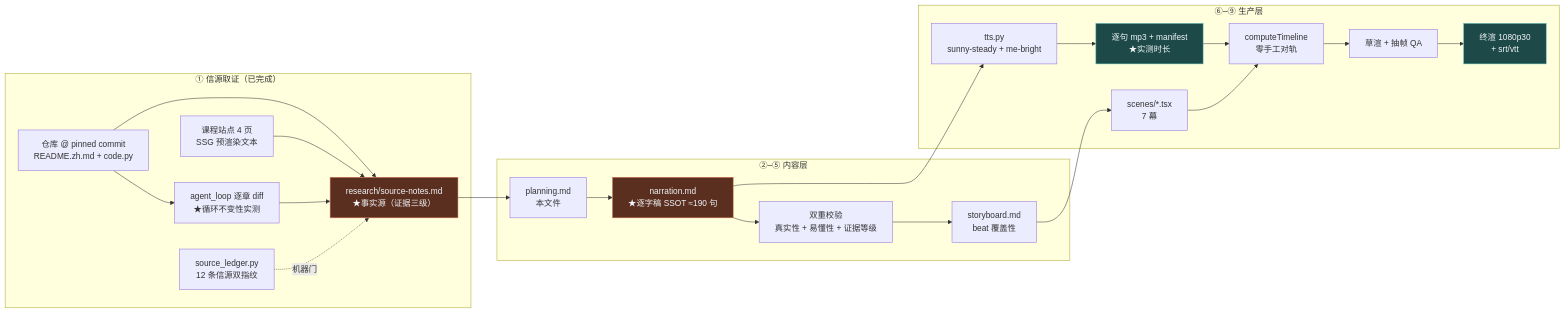
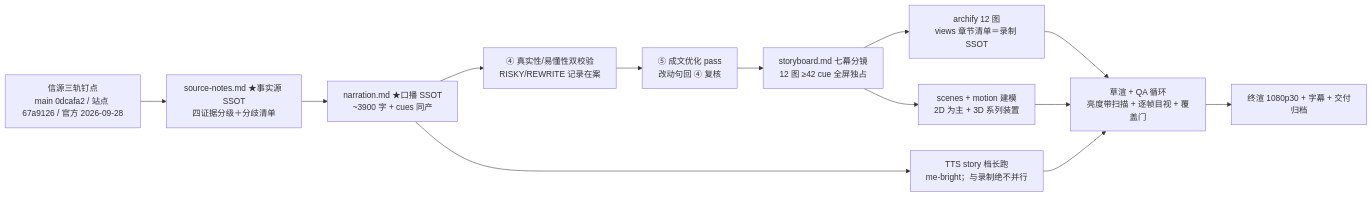
One commit to ThreeFish-AI/negentropy changed the diagram in apps/negentropy-influence/episodes/claude-code-explained-video/script/planning.md. Above: the diagram before and after it, drawn with Mermaid. The commit also changed other lines of this file and 749 other files, not shown here.

````diff
--- a/apps/negentropy-influence/episodes/claude-code-explained-video/script/planning.md
+++ b/apps/negentropy-influence/episodes/claude-code-explained-video/script/planning.md
@@ -105,23 +87,13 @@
 ```mermaid
 flowchart LR
-  subgraph S1["① 信源取证（已完成）"]
-    A1["仓库 @ pinned commit<br/>README.zh.md + code.py"] --> A3["research/source-notes.md<br/>★事实源（证据三级）"]
-    A2["课程站点 4 页<br/>SSG 预渲染文本"] --> A3
-    A1 --> A4["agent_loop 逐章 diff<br/>★循环不变性实测"] --> A3
-    A5["source_ledger.py<br/>12 条信源双指纹"] -.机器门.-> A3
-  end
-  subgraph S2["②–⑤ 内容层"]
-    A3 --> B1["planning.md<br/>本文件"] --> B2["narration.md<br/>★逐字稿 SSOT ≈190 句"]
-    B2 --> B3["双重校验<br/>真实性 + 易懂性 + 证据等级"] --> B4["storyboard.md<br/>beat 覆盖性"]
-  end
-  subgraph S3["⑥–⑨ 生产层"]
-    B2 --> C1["tts.py<br/>sunny-steady + me-bright"] --> C2["逐句 mp3 + manifest<br/>★实测时长"]
-    B4 --> C3["scenes/*.tsx<br/>7 幕"]
-    C2 --> C4["computeTimeline<br/>零手工对轨"]
-    C3 --> C4 --> C5["草渲 + 抽帧 QA"] --> C6["终渲 1080p30<br/>+ srt/vtt"]
-  end
-  style A3 fill:#5a2f1f,stroke:#D97757,color:#F2F5FA
-  style B2 fill:#5a2f1f,stroke:#D97757,color:#F2F5FA
-  style C2 fill:#1d4a48,stroke:#64C4C0,color:#F2F5FA
-  style C6 fill:#1d4a48,stroke:#64C4C0,color:#F2F5FA
+    A[信源三轨钉点<br/>main 0dcafa2 / 站点 67a9126 / 官方 2026-09-28] --> B[source-notes.md ★事实源 SSOT<br/>四证据分级＋分歧清单]
+    B --> C[narration.md ★口播 SSOT<br/>~3900 字 + cues 同产]
+    C --> D[④ 真实性/易懂性双校验<br/>RISKY/REWRITE 记录在案]
+    D --> E[⑤ 成文优化 pass<br/>改动句回 ④ 复核]
+    E --> F[storyboard.md 七幕分镜<br/>12 图 ≥42 cue 全屏独占]
+    F --> G[archify 12 图<br/>views 章节清单＝录制 SSOT]
+    F --> H[scenes + motion 建模<br/>2D 为主 + 3D 系列装置]
+    C --> I[TTS story 档长跑<br/>me-bright；与录制绝不并行]
+    G & H & I --> J[草渲 + QA 循环<br/>亮度带扫描 + 逐帧目视 + 覆盖门]
+    J --> K[终渲 1080p30 + 字幕 + 交付归档]
 ```
````
